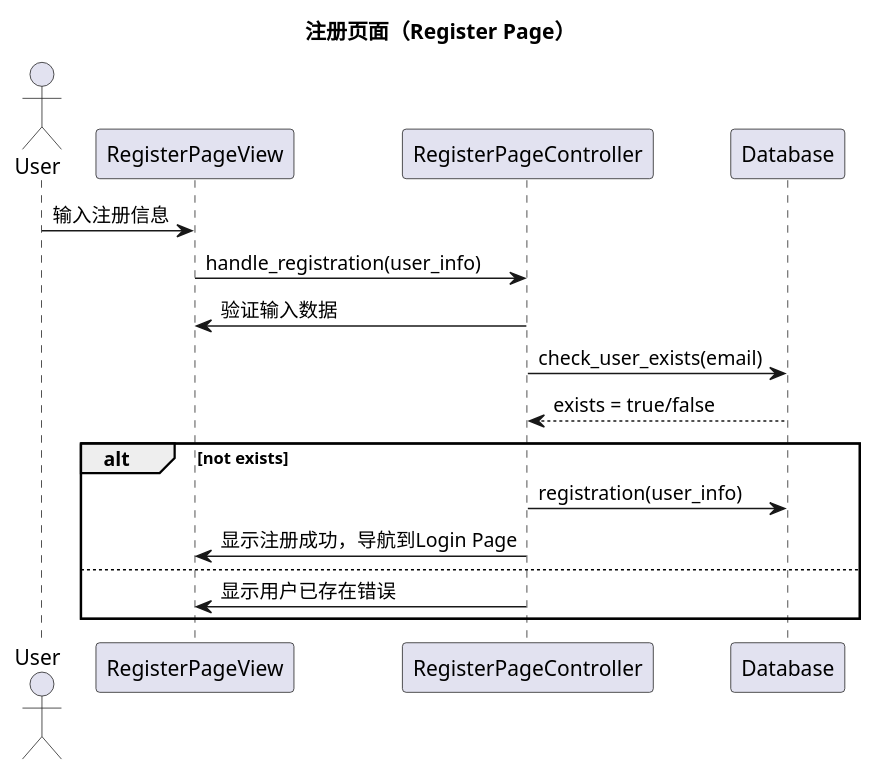
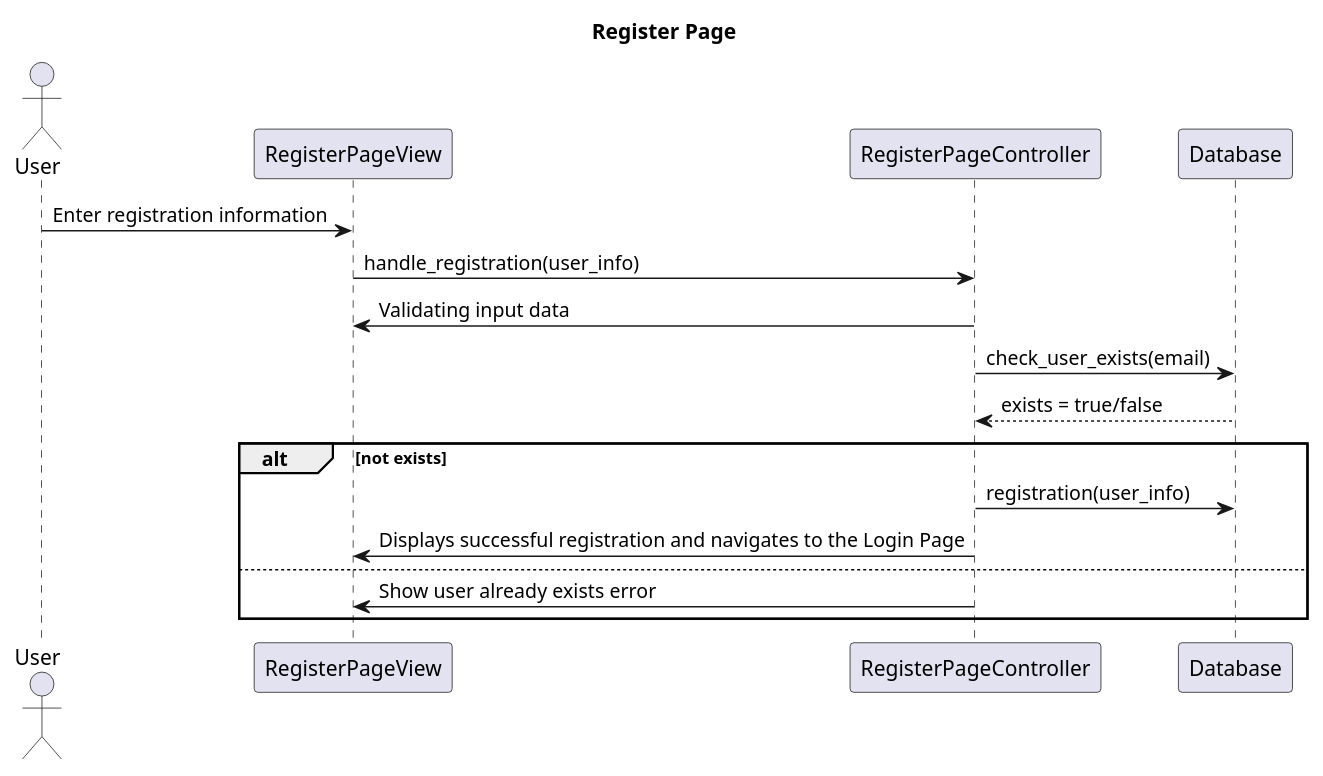
The third of 16 diagrams in planning/class_diagrams.md (violeteye1234/group23_COMPS350F), drawn with PlantUML before and after one commit. The commit also changed other lines of this file, not shown here.

````diff
--- a/planning/class_diagrams.md
+++ b/planning/class_diagrams.md
@@ -143,22 +143,22 @@
 ```plantuml
 @startuml
-title 注册页面（Register Page）
+title Register Page
 
 actor User
 participant "RegisterPageView" as View
 participant "RegisterPageController" as Controller
 participant "Database" as DB
 
-User -> View: 输入注册信息
+User -> View: Enter registration information
 View -> Controller: handle_registration(user_info)
-Controller -> View: 验证输入数据
+Controller -> View: Validating input data
 Controller -> DB: check_user_exists(email)
 DB --> Controller: exists = true/false
 alt not exists
     Controller -> DB: registration(user_info)
-    Controller -> View: 显示注册成功，导航到Login Page
+    Controller -> View: Displays successful registration and navigates to the Login Page
 else
-    Controller -> View: 显示用户已存在错误
+    Controller -> View: Show user already exists error
 end
 @enduml
 ```
````
